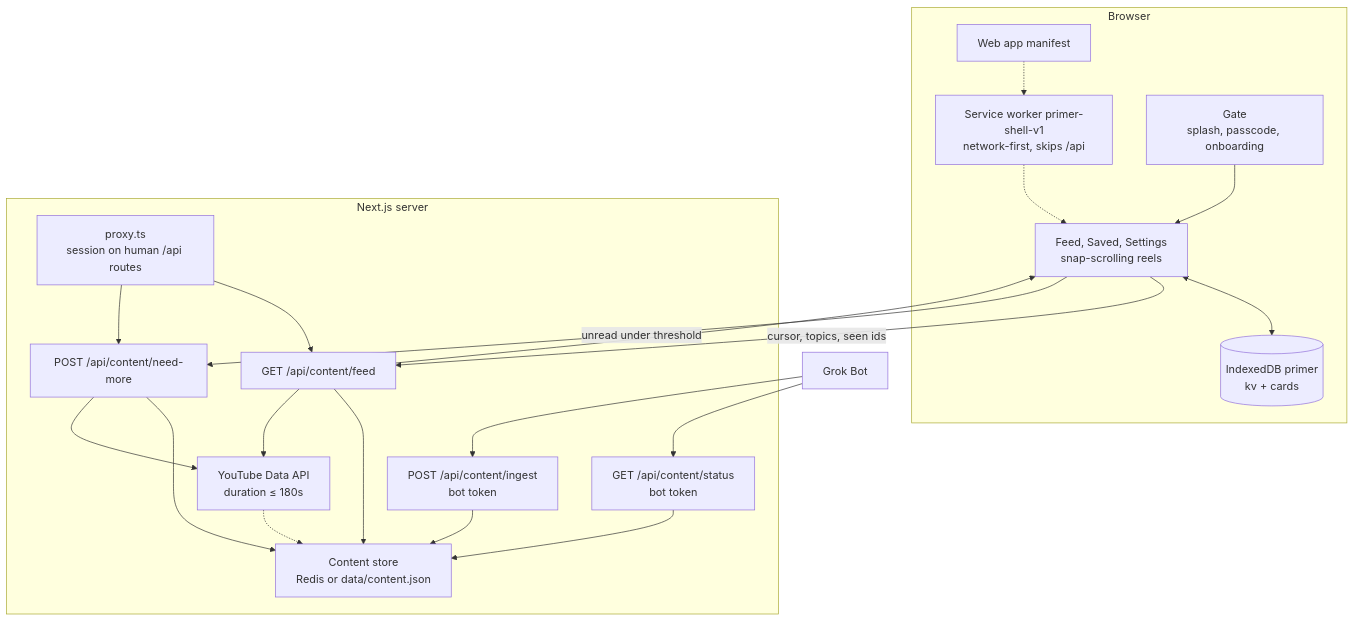
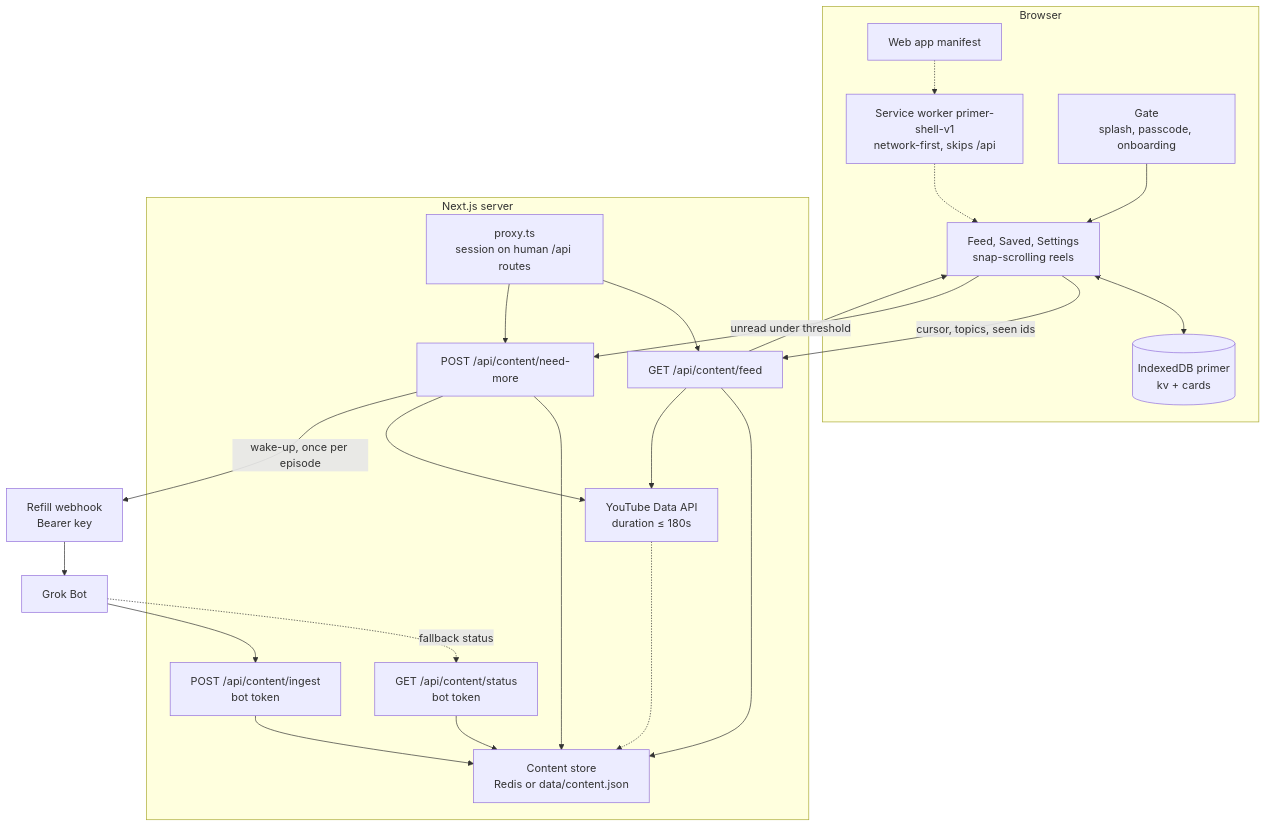
Before and after one commit to amit-tech-org/personal-learning-reels-app: the diagram in docs/ARCHITECTURE.md, drawn with Mermaid. The commit also changed other lines of this file and 10 other files, not shown here.

First line of the commit message:
Wake Grok Bot with a refill webhook instead of polling.

````diff
--- a/docs/ARCHITECTURE.md
+++ b/docs/ARCHITECTURE.md
@@ -5,39 +5,44 @@
 ```mermaid
 flowchart TB
   subgraph browser [Browser]
     Manifest[Web app manifest]
     SW["Service worker primer-shell-v1<br/>network-first, skips /api"]
     Gate["Gate<br/>splash, passcode, onboarding"]
     UI["Feed, Saved, Settings<br/>snap-scrolling reels"]
     IDB[("IndexedDB primer<br/>kv + cards")]
     Gate --> UI
     UI <--> IDB
     SW -.-> UI
     Manifest -.-> SW
   end
 
   subgraph next [Next.js server]
     Proxy["proxy.ts<br/>session on human /api routes"]
     Feed["GET /api/content/feed"]
     Need["POST /api/content/need-more"]
     Status["GET /api/content/status<br/>bot token"]
     Ingest["POST /api/content/ingest<br/>bot token"]
     Store["Content store<br/>Redis or data/content.json"]
     Proxy --> Feed
     Proxy --> Need
     Feed --> Store
     Need --> Store
     Status --> Store
     Ingest --> Store
     YT["YouTube Data API<br/>duration ≤ 180s"]
     Feed --> YT
     Need --> YT
     YT -.-> Store
   end
 
+  Hook["Refill webhook<br/>Bearer key"]
+  Bot[Grok Bot]
+
   UI -->|"cursor, topics, seen ids"| Feed
   UI -->|"unread under threshold"| Need
   Feed --> UI
-  Bot[Grok Bot] --> Status
+  Need -->|"wake-up, once per episode"| Hook
+  Hook --> Bot
+  Bot -.->|"fallback status"| Status
   Bot --> Ingest
 ```
````
